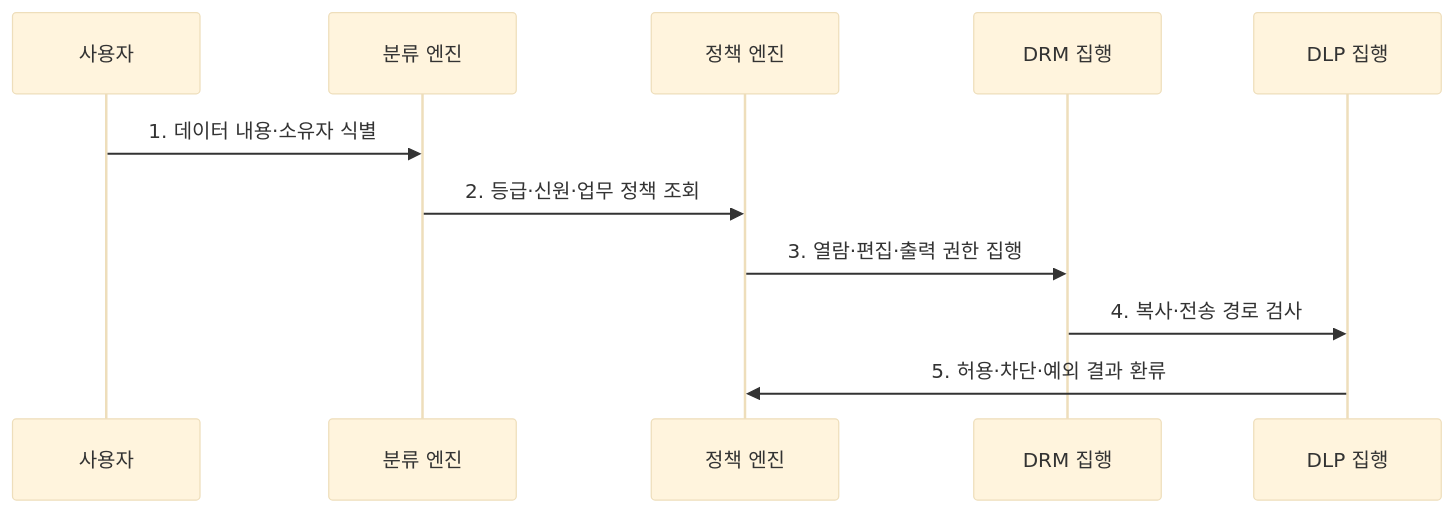
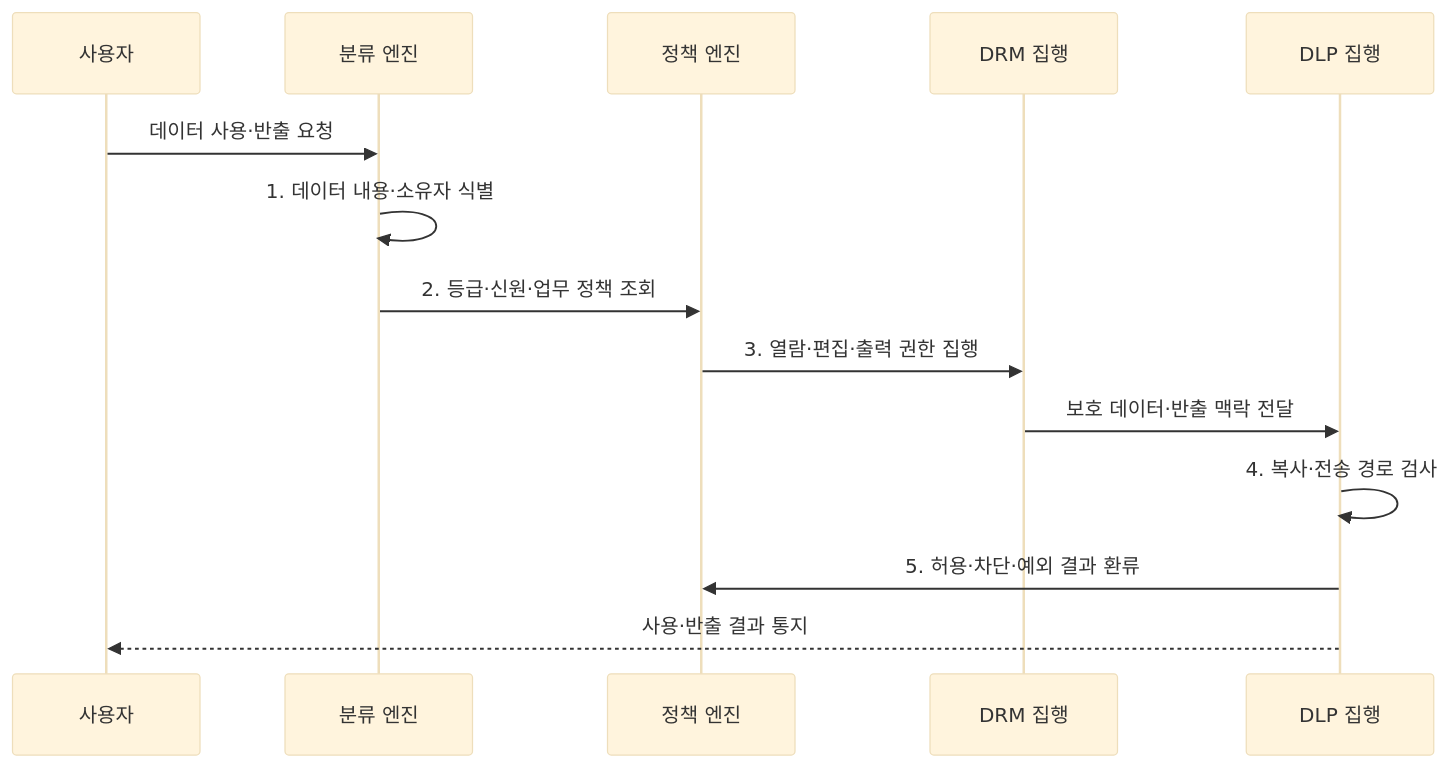
Before and after one commit to agnusdei1207/knowledge-base: the second of 2 diagrams in src/content/docs/notes/05-security/142_drm_dlp.md, drawn with Mermaid (base theme). The commit also changed other lines of this file and 7 other files, not shown here.

````diff
--- a/src/content/docs/notes/05-security/142_drm_dlp.md
+++ b/src/content/docs/notes/05-security/142_drm_dlp.md
@@ -82,13 +82,16 @@
 ```mermaid
 sequenceDiagram
   participant U as 사용자
   participant C as 분류 엔진
   participant P as 정책 엔진
   participant R as DRM 집행
   participant D as DLP 집행
-  U->>C: 1. 데이터 내용·소유자 식별
+  U->>C: 데이터 사용·반출 요청
+  C->>C: 1. 데이터 내용·소유자 식별
   C->>P: 2. 등급·신원·업무 정책 조회
   P->>R: 3. 열람·편집·출력 권한 집행
-  R->>D: 4. 복사·전송 경로 검사
+  R->>D: 보호 데이터·반출 맥락 전달
+  D->>D: 4. 복사·전송 경로 검사
   D->>P: 5. 허용·차단·예외 결과 환류
+  D-->>U: 사용·반출 결과 통지
 ```
````
